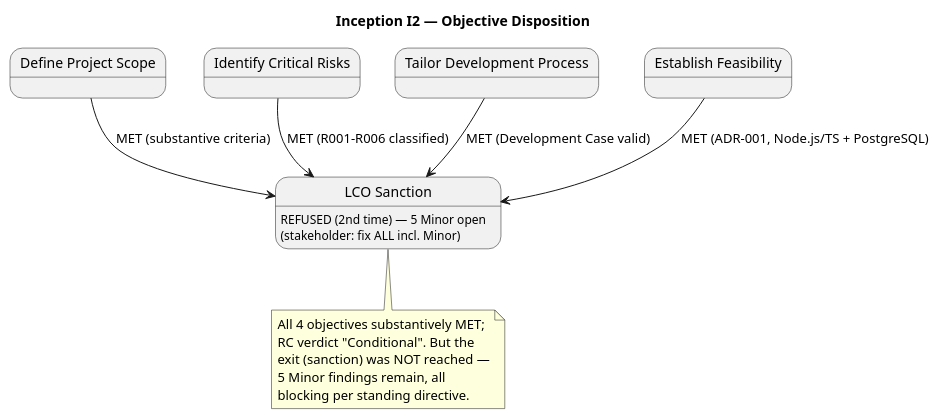
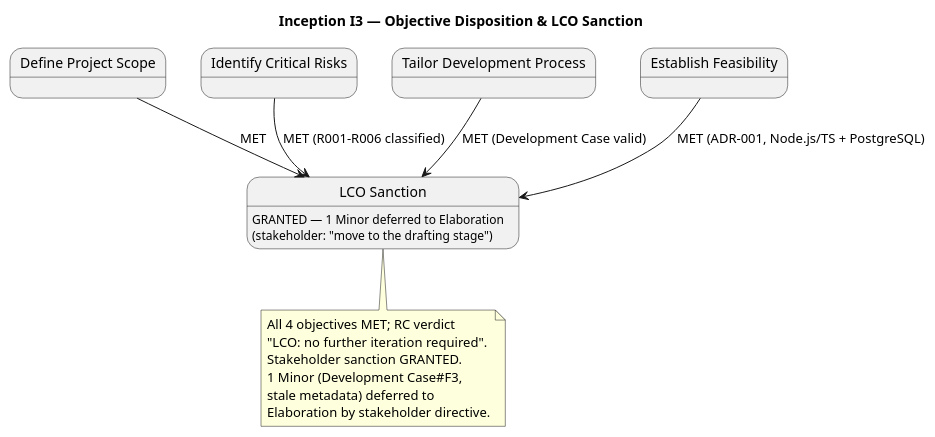
The first of 2 diagrams in docs/artifacts/project-management/iteration-assessment.md (banense-test/trademe), drawn with PlantUML before and after one commit. The commit also changed other lines of this file, not shown here.

First line of the commit message:
Project Manager [I3]: upsert Iteration Assessment

````diff
--- a/docs/artifacts/project-management/iteration-assessment.md
+++ b/docs/artifacts/project-management/iteration-assessment.md
@@ -23,26 +23,27 @@
 ```plantuml
 @startuml
-title Inception I2 — Objective Disposition
+title Inception I3 — Objective Disposition & LCO Sanction
 
 state "Define Project Scope" as O1
 state "Identify Critical Risks" as O2
 state "Tailor Development Process" as O3
 state "Establish Feasibility" as O4
 state "LCO Sanction" as LCO
 
-O1 --> LCO : MET (substantive criteria)
+O1 --> LCO : MET
 O2 --> LCO : MET (R001-R006 classified)
 O3 --> LCO : MET (Development Case valid)
 O4 --> LCO : MET (ADR-001, Node.js/TS + PostgreSQL)
 
-LCO : REFUSED (2nd time) — 5 Minor open\n(stakeholder: fix ALL incl. Minor)
+LCO : GRANTED — 1 Minor deferred to Elaboration\n(stakeholder: "move to the drafting stage")
 
 note bottom of LCO
-  All 4 objectives substantively MET;
-  RC verdict "Conditional". But the
-  exit (sanction) was NOT reached —
-  5 Minor findings remain, all
-  blocking per standing directive.
+  All 4 objectives MET; RC verdict
+  "LCO: no further iteration required".
+  Stakeholder sanction GRANTED.
+  1 Minor (Development Case#F3,
+  stale metadata) deferred to
+  Elaboration by stakeholder directive.
 end note
 @enduml
 ```
````
